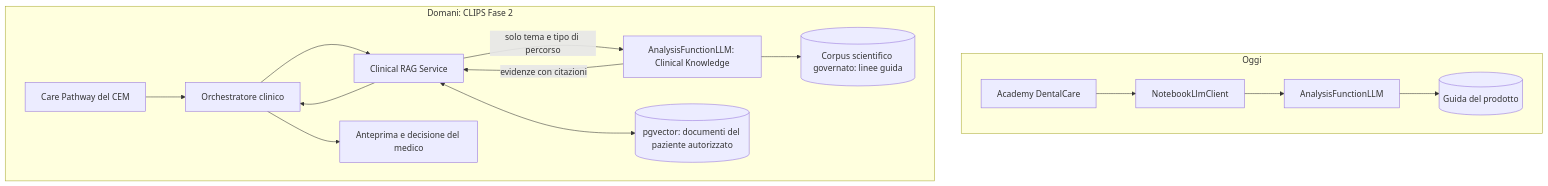
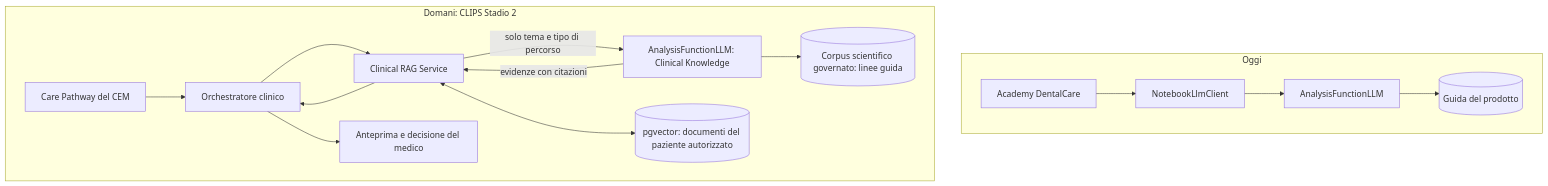
One commit to fpapale/DentalCare-Documentation changed the second of 2 diagrams in docs/03-Product-Roadmap/Progetti/CLIPS-AnalysisFunctionLLM.md. Above: the diagram before and after it, drawn with Mermaid. The commit also changed other lines of this file and 11 other files, not shown here.

Commit message:
docs(clips): CLIPS è la Fase 3 del prodotto, stadi interni, gestione semantica dei documenti già in uso

```diff
--- a/docs/03-Product-Roadmap/Progetti/CLIPS-AnalysisFunctionLLM.md
+++ b/docs/03-Product-Roadmap/Progetti/CLIPS-AnalysisFunctionLLM.md
@@ -83,18 +85,18 @@
 ~~~mermaid
 flowchart TB
   subgraph OGGI[Oggi]
     A1[Academy DentalCare] --> N1[NotebookLlmClient]
     N1 --> S1[AnalysisFunctionLLM]
     S1 --> F1[(Guida del prodotto)]
   end
-  subgraph DOMANI[Domani: CLIPS Fase 2]
+  subgraph DOMANI[Domani: CLIPS Stadio 2]
     CEM[Care Pathway del CEM] --> ORC[Orchestratore clinico]
     ORC --> RAG[Clinical RAG Service]
     RAG -- solo tema e tipo di percorso --> S2[AnalysisFunctionLLM: Clinical Knowledge]
     S2 --> SCI[(Corpus scientifico governato: linee guida)]
     S2 -- evidenze con citazioni --> RAG
     RAG <--> VEC[(pgvector: documenti del paziente autorizzato)]
     RAG --> ORC
     ORC --> UMANO[Anteprima e decisione del medico]
   end
 ~~~
```
